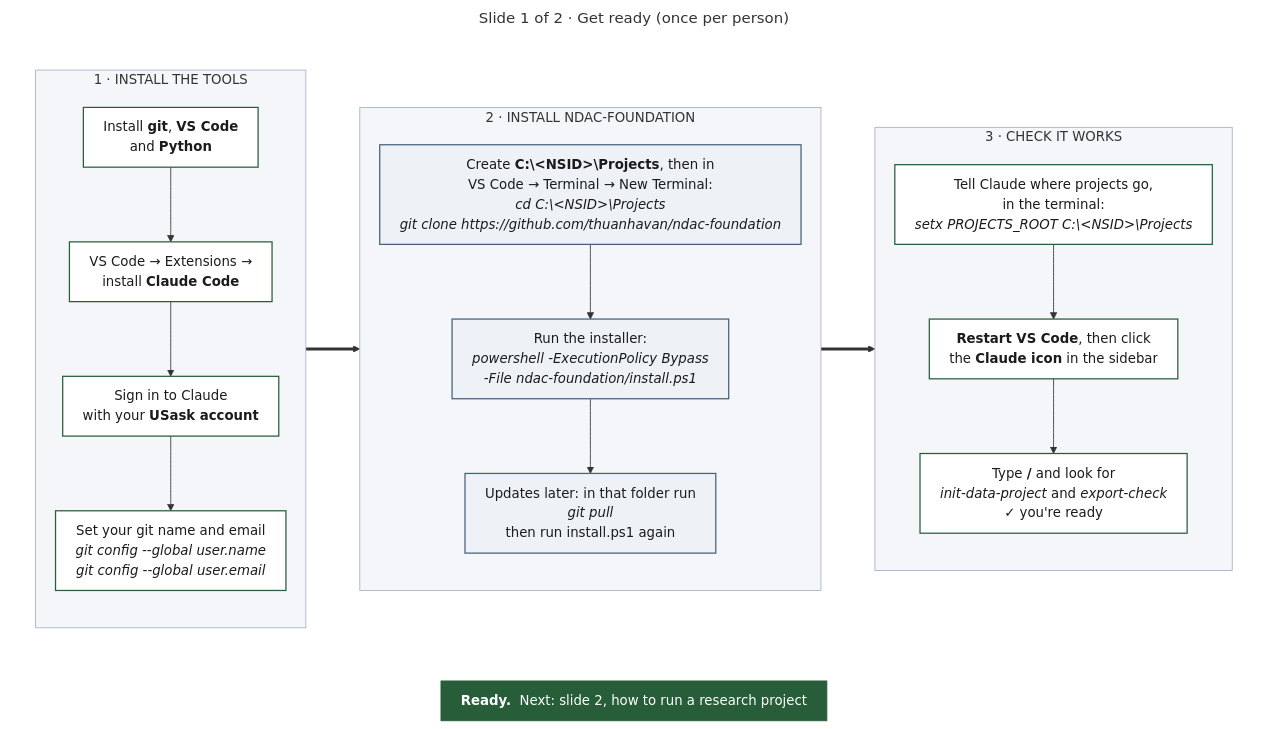
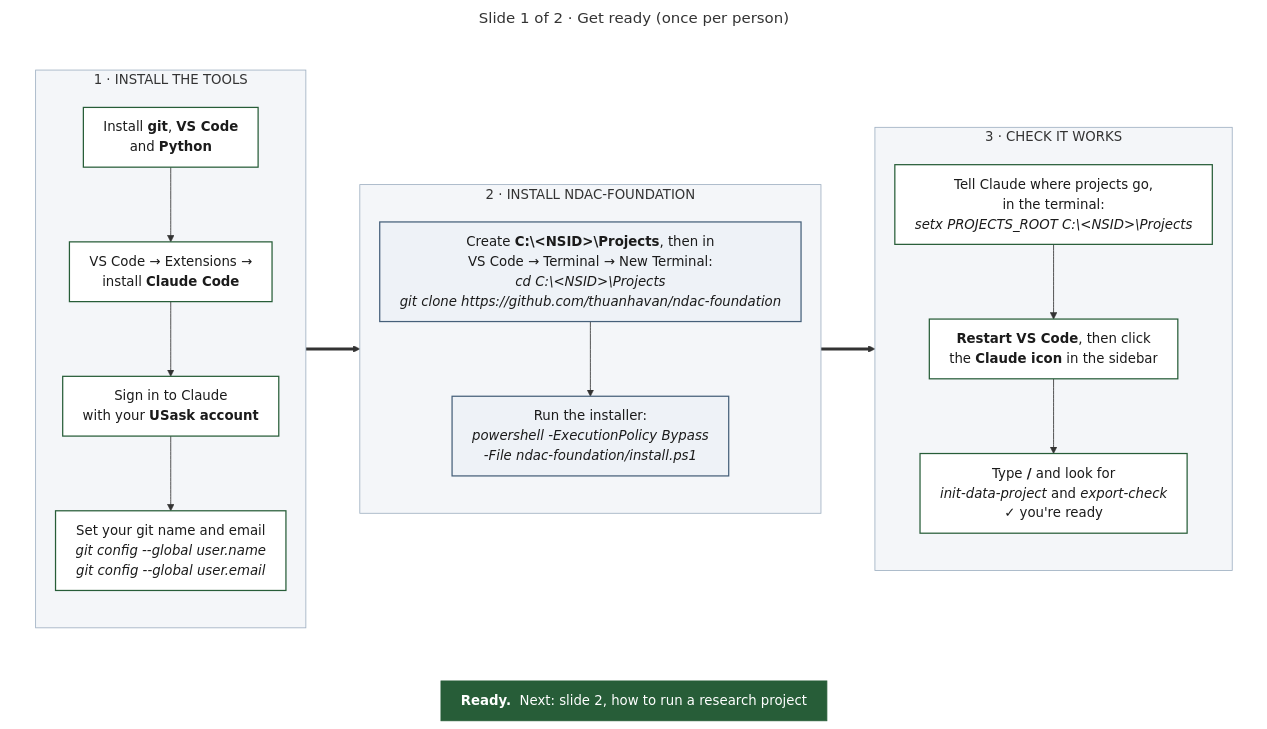
One commit to acreagelab/ndac-foundation changed the diagram in docs/training/slide1_get_ready.mmd. Above: the diagram before and after it, drawn with Mermaid. The commit also changed 1 other file, not shown here.

Commit message:
Training slide 1: install is one-time; drop update box

```diff
--- a/docs/training/slide1_get_ready.mmd
+++ b/docs/training/slide1_get_ready.mmd
@@ -1,42 +1,42 @@
 ---
 title: "Slide 1 of 2 · Get ready (once per person)"
 config:
   flowchart:
     wrappingWidth: 900
     nodeSpacing: 28
     rankSpacing: 40
     padding: 12
 ---
 %% Training slide 1. Edit, then re-render (see docs/training/README.md).
 %% Never write "\n..." in Windows paths: Mermaid renders it as a line break, even escaped.
 flowchart TB
   subgraph ROW[" "]
   direction LR
   subgraph S1["1 · INSTALL THE TOOLS"]
     direction TB
     A1["Install <b>git</b>, <b>VS Code</b><br/>and <b>Python</b>"] --> A2["VS Code → Extensions →<br/>install <b>Claude Code</b>"] --> A3["Sign in to Claude<br/>with your <b>USask account</b>"] --> A4["Set your git name and email<br/><i>git config --global user.name</i><br/><i>git config --global user.email</i>"]
   end
   subgraph S2["2 · INSTALL NDAC-FOUNDATION"]
     direction TB
-    B2["Create <b>C:\&lt;NSID&gt;\Projects</b>, then in<br/>VS Code → Terminal → New Terminal:<br/><i>cd C:\&lt;NSID&gt;\Projects</i><br/><i>git clone https://github.com/thuanhavan/ndac-foundation</i>"] --> B3["Run the installer:<br/><i>powershell -ExecutionPolicy Bypass</i><br/><i>-File ndac-foundation/install.ps1</i>"] --> B4["Updates later: in that folder run<br/><i>git pull</i><br/>then run install.ps1 again"]
+    B2["Create <b>C:\&lt;NSID&gt;\Projects</b>, then in<br/>VS Code → Terminal → New Terminal:<br/><i>cd C:\&lt;NSID&gt;\Projects</i><br/><i>git clone https://github.com/thuanhavan/ndac-foundation</i>"] --> B3["Run the installer:<br/><i>powershell -ExecutionPolicy Bypass</i><br/><i>-File ndac-foundation/install.ps1</i>"]
   end
   subgraph S3["3 · CHECK IT WORKS"]
     direction TB
     C1["Tell Claude where projects go,<br/>in the terminal:<br/><i>setx PROJECTS_ROOT C:\&lt;NSID&gt;\Projects</i>"] --> C2["<b>Restart VS Code</b>, then click<br/>the <b>Claude icon</b> in the sidebar"] --> C4["Type <b>/</b> and look for<br/><i>init-data-project</i> and <i>export-check</i><br/>✓ you're ready"]
   end
   S1 ==> S2 ==> S3
   end
 
   NEXT["<b>Ready.</b>&nbsp; Next: slide 2, how to run a research project"]
   ROW ~~~ NEXT
 
   classDef step fill:#ffffff,stroke:#275D38,stroke-width:1.5px,color:#1b1b1b;
   classDef cmd fill:#eef2f7,stroke:#46607a,stroke-width:1.5px,color:#1b1b1b;
   classDef banner fill:#275D38,stroke:#275D38,color:#ffffff;
   class A1,A2,A3,A4,C1,C2,C4 step;
-  class B2,B3,B4 cmd;
+  class B2,B3 cmd;
   class NEXT banner;
   style S1 fill:#f4f6f9,stroke:#9fb0c2
   style S2 fill:#f4f6f9,stroke:#9fb0c2
   style S3 fill:#f4f6f9,stroke:#9fb0c2
   style ROW fill:#ffffff,stroke:#ffffff,stroke-width:0px
```
